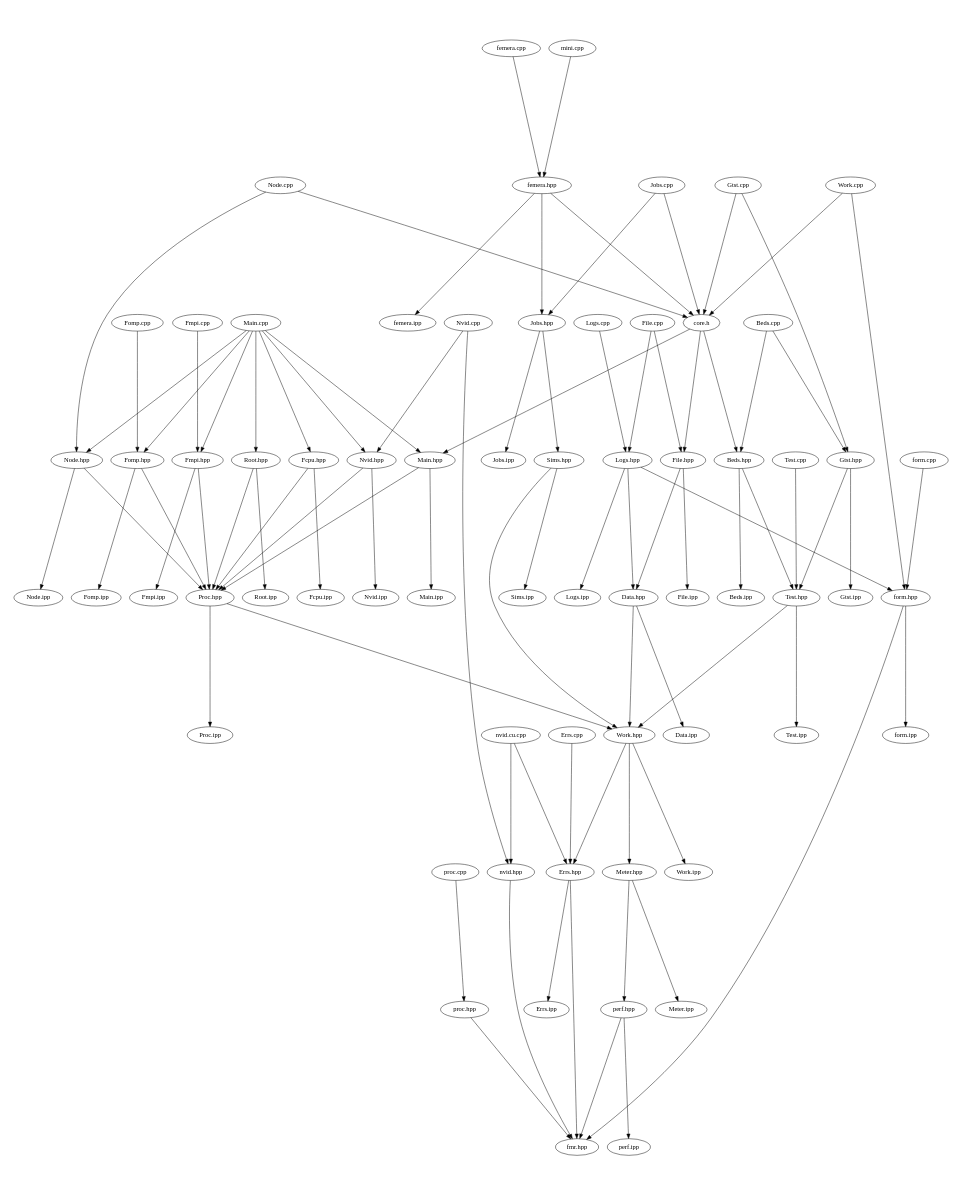
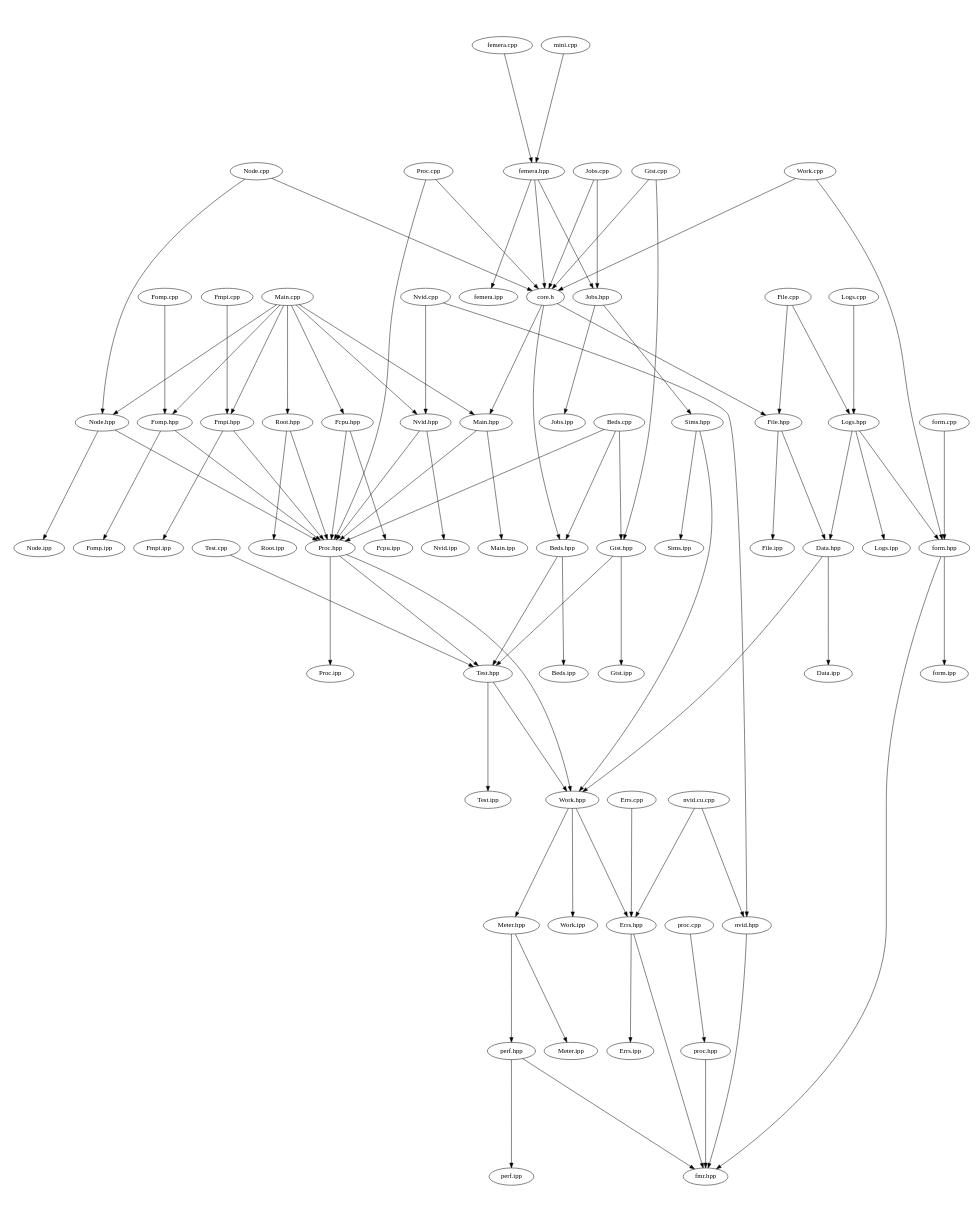
One commit to waggyz/femera-mini-app changed the diagram in src/docs/src-notest.dot. Above: the diagram before and after it, drawn with Graphviz. The commit also changed 15 other files, not shown here.

```diff
--- a/src/docs/src-notest.dot
+++ b/src/docs/src-notest.dot
@@ -1,92 +1,96 @@
 digraph "source tree" {
     overlap=scale;
     size="8,10";
     ratio="fill";
     fontsize="16";
     fontname="Helvetica";
 	clusterrank="local";
 	"Gtst.cpp" -> "core.h"
 	"femera.hpp" -> "Jobs.hpp"
 	"Meter.hpp" -> "perf.hpp"
 	"Main.cpp" -> "Fomp.hpp"
 	"Sims.hpp" -> "Work.hpp"
 	"Errs.cpp" -> "Errs.hpp"
 	"femera.cpp" -> "femera.hpp"
 	"Work.hpp" -> "Errs.hpp"
 	"Fmpi.hpp" -> "Fmpi.ipp"
 	"Sims.hpp" -> "Sims.ipp"
 	"Jobs.hpp" -> "Jobs.ipp"
 	"Nvid.hpp" -> "Nvid.ipp"
 	"Fomp.cpp" -> "Fomp.hpp"
 	"Logs.cpp" -> "Logs.hpp"
 	"nvid.cu.cpp" -> "nvid.hpp"
 	"proc.hpp" -> "fmr.hpp"
 	"Nvid.hpp" -> "Proc.hpp"
 	"Root.hpp" -> "Proc.hpp"
 	"Main.cpp" -> "Node.hpp"
+	"Beds.cpp" -> "Proc.hpp"
 	"Main.cpp" -> "Main.hpp"
 	"Proc.hpp" -> "Proc.ipp"
 	"Beds.cpp" -> "Gtst.hpp"
 	"Node.cpp" -> "Node.hpp"
 	"Main.cpp" -> "Fmpi.hpp"
 	"core.h" -> "Main.hpp"
 	"Main.cpp" -> "Fcpu.hpp"
 	"Work.cpp" -> "core.h"
 	"nvid.hpp" -> "fmr.hpp"
 	"perf.hpp" -> "fmr.hpp"
 	"Data.hpp" -> "Data.ipp"
+	"Proc.hpp" -> "Test.hpp"
 	"Work.hpp" -> "Work.ipp"
 	"Fmpi.hpp" -> "Proc.hpp"
 	"Test.hpp" -> "Work.hpp"
 	"Nvid.cpp" -> "nvid.hpp"
 	"Node.hpp" -> "Node.ipp"
 	"form.hpp" -> "form.ipp"
 	"Gtst.cpp" -> "Gtst.hpp"
 	"femera.hpp" -> "femera.ipp"
 	"Fcpu.hpp" -> "Proc.hpp"
 	"Fomp.hpp" -> "Proc.hpp"
 	"File.hpp" -> "File.ipp"
 	"Main.cpp" -> "Nvid.hpp"
 	"Meter.hpp" -> "Meter.ipp"
 	"core.h" -> "File.hpp"
 	"Fomp.hpp" -> "Fomp.ipp"
 	"Logs.hpp" -> "Data.hpp"
 	"Gtst.hpp" -> "Gtst.ipp"
+	"Proc.cpp" -> "core.h"
 	"form.cpp" -> "form.hpp"
 	"File.cpp" -> "File.hpp"
 	"perf.hpp" -> "perf.ipp"
 	"proc.cpp" -> "proc.hpp"
 	"Node.cpp" -> "core.h"
 	"Fmpi.cpp" -> "Fmpi.hpp"
 	"File.cpp" -> "Logs.hpp"
 	"core.h" -> "Beds.hpp"
 	"Errs.hpp" -> "fmr.hpp"
 	"Fcpu.hpp" -> "Fcpu.ipp"
 	"Root.hpp" -> "Root.ipp"
 	"Errs.hpp" -> "Errs.ipp"
 	"Main.hpp" -> "Main.ipp"
 	"Test.cpp" -> "Test.hpp"
 	"nvid.cu.cpp" -> "Errs.hpp"
 	"Beds.cpp" -> "Beds.hpp"
 	"Node.hpp" -> "Proc.hpp"
 	"Main.cpp" -> "Root.hpp"
 	"Jobs.hpp" -> "Sims.hpp"
 	"Jobs.cpp" -> "Jobs.hpp"
 	"Logs.hpp" -> "Logs.ipp"
 	"File.hpp" -> "Data.hpp"
 	"mini.cpp" -> "femera.hpp"
 	"Work.cpp" -> "form.hpp"
 	"Beds.hpp" -> "Test.hpp"
 	"Proc.hpp" -> "Work.hpp"
 	"form.hpp" -> "fmr.hpp"
+	"Proc.cpp" -> "Proc.hpp"
 	"Gtst.hpp" -> "Test.hpp"
 	"Data.hpp" -> "Work.hpp"
 	"Nvid.cpp" -> "Nvid.hpp"
 	"Beds.hpp" -> "Beds.ipp"
 	"femera.hpp" -> "core.h"
 	"Jobs.cpp" -> "core.h"
 	"Work.hpp" -> "Meter.hpp"
 	"Logs.hpp" -> "form.hpp"
 	"Main.hpp" -> "Proc.hpp"
 	"Test.hpp" -> "Test.ipp"
 }
```
